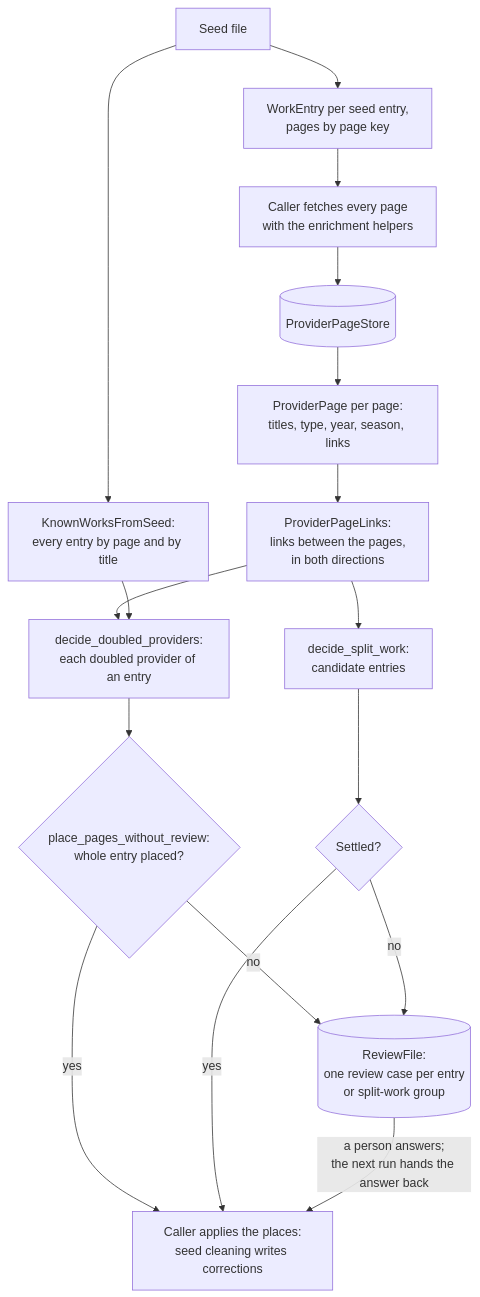
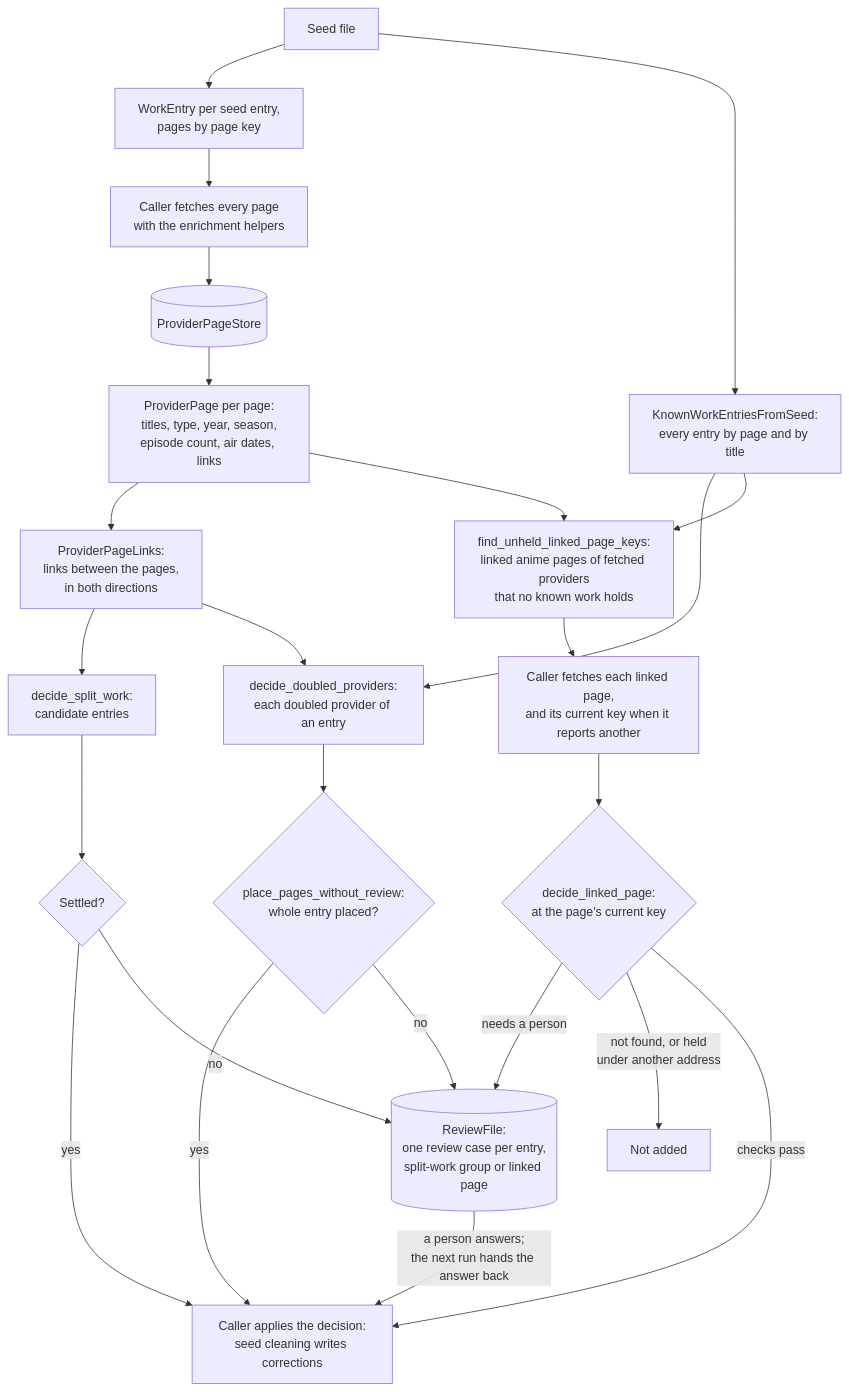
One commit to adnanaq/echora changed the first of 3 diagrams in libs/work_matching/README.md. Above: the diagram before and after it, drawn with Mermaid. The commit also changed other lines of this file and 62 other files, not shown here.

First line of the commit message:
feat(ECHO-71): Add linked provider pages that no seed entry holds to the entry linking them (#59)

````diff
--- a/libs/work_matching/README.md
+++ b/libs/work_matching/README.md
@@ -53,19 +56,26 @@
 ```mermaid
 flowchart TD
     seed[Seed file] --> entries[WorkEntry per seed entry,<br/>pages by page key]
-    seed --> known[KnownWorksFromSeed:<br/>every entry by page and by title]
+    seed --> known[KnownWorkEntriesFromSeed:<br/>every entry by page and by title]
     entries --> fetch[Caller fetches every page<br/>with the enrichment helpers]
     fetch --> store[(ProviderPageStore)]
-    store --> pages[ProviderPage per page:<br/>titles, type, year, season, links]
+    store --> pages[ProviderPage per page:<br/>titles, type, year, season,<br/>episode count, air dates, links]
     pages --> links[ProviderPageLinks:<br/>links between the pages,<br/>in both directions]
+    links --> split[decide_split_work:<br/>candidate entries]
     links --> doubled[decide_doubled_providers:<br/>each doubled provider of an entry]
-    links --> split[decide_split_work:<br/>candidate entries]
     known --> doubled
     doubled --> placed{place_pages_without_review:<br/>whole entry placed?}
-    placed -- yes --> caller[Caller applies the places:<br/>seed cleaning writes corrections]
-    placed -- no --> review[(ReviewFile:<br/>one review case per entry<br/>or split-work group)]
+    placed -- yes --> caller[Caller applies the decision:<br/>seed cleaning writes corrections]
+    placed -- no --> review[(ReviewFile:<br/>one review case per entry,<br/>split-work group or linked page)]
     split --> settled{Settled?}
     settled -- yes --> caller
     settled -- no --> review
+    pages --> unheld[find_unheld_linked_page_keys:<br/>linked anime pages of fetched providers<br/>that no known work holds]
+    known --> unheld
+    unheld --> fetchlinked[Caller fetches each linked page,<br/>and its current key when it reports another]
+    fetchlinked --> linked{decide_linked_page:<br/>at the page's current key}
+    linked -- needs a person --> review
+    linked -- "not found, or held<br/>under another address" --> skipped[Not added]
+    linked -- checks pass --> caller
     review -- "a person answers;<br/>the next run hands the answer back" --> caller
 ```
````
